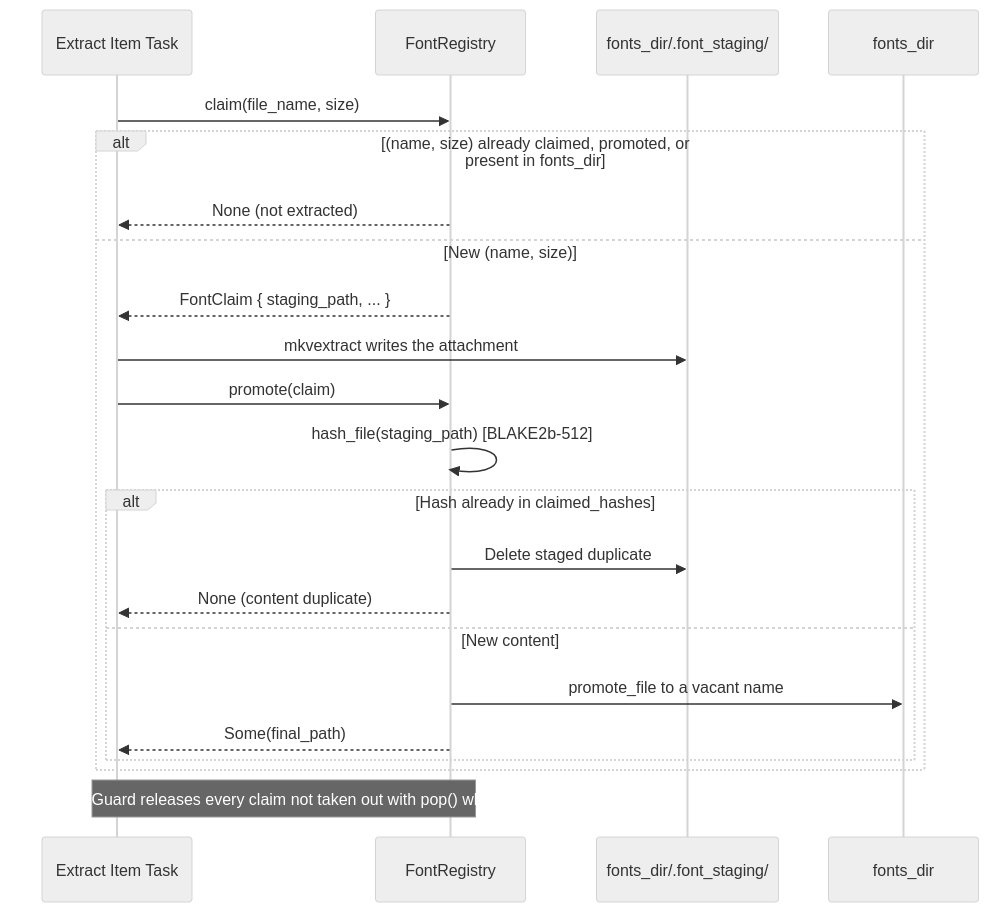
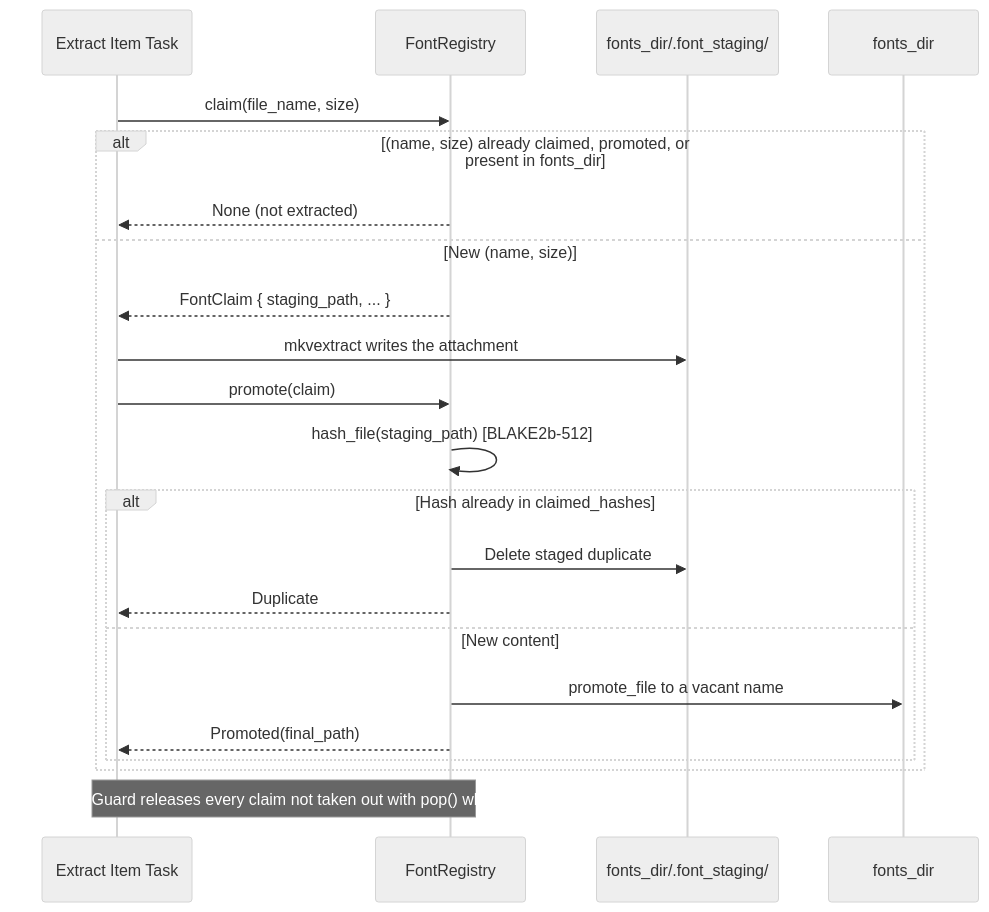
One commit to Si-Forces/mkvanimebatch changed the fourth of 8 diagrams in architecture.md. Above: the diagram before and after it, drawn with Mermaid (neutral theme). The commit also changed other lines of this file and 13 other files, not shown here.

````diff
--- a/architecture.md
+++ b/architecture.md
@@ -309,25 +309,25 @@
 ```mermaid
 sequenceDiagram
     participant Worker as Extract Item Task
     participant FR as FontRegistry
     participant Staging as fonts_dir/.font_staging/
     participant Target as fonts_dir
 
     Worker->>FR: claim(file_name, size)
     alt (name, size) already claimed, promoted, or present in fonts_dir
         FR-->>Worker: None (not extracted)
     else New (name, size)
         FR-->>Worker: FontClaim { staging_path, ... }
         Worker->>Staging: mkvextract writes the attachment
         Worker->>FR: promote(claim)
         FR->>FR: hash_file(staging_path) [BLAKE2b-512]
         alt Hash already in claimed_hashes
             FR->>Staging: Delete staged duplicate
-            FR-->>Worker: None (content duplicate)
+            FR-->>Worker: Duplicate
         else New content
             FR->>Target: promote_file to a vacant name
-            FR-->>Worker: Some(final_path)
+            FR-->>Worker: Promoted(final_path)
         end
     end
     Note over Worker,FR: FontClaimsGuard releases every claim not taken out with pop() when it drops
 ```
````
